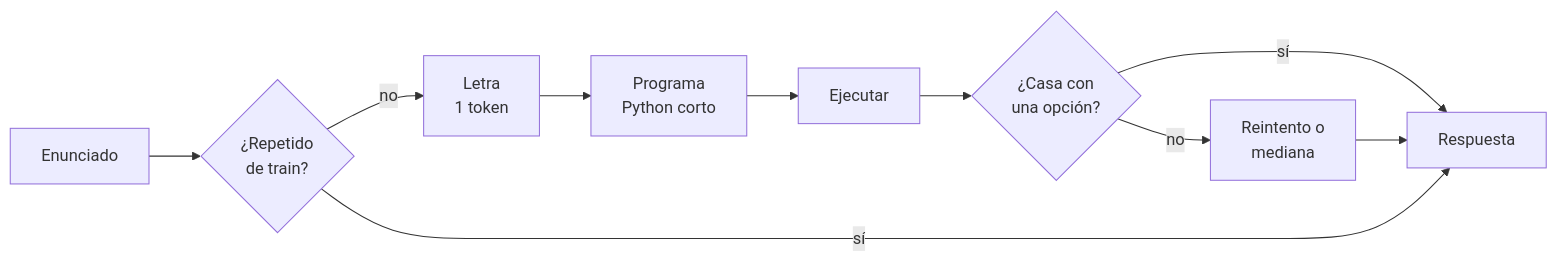
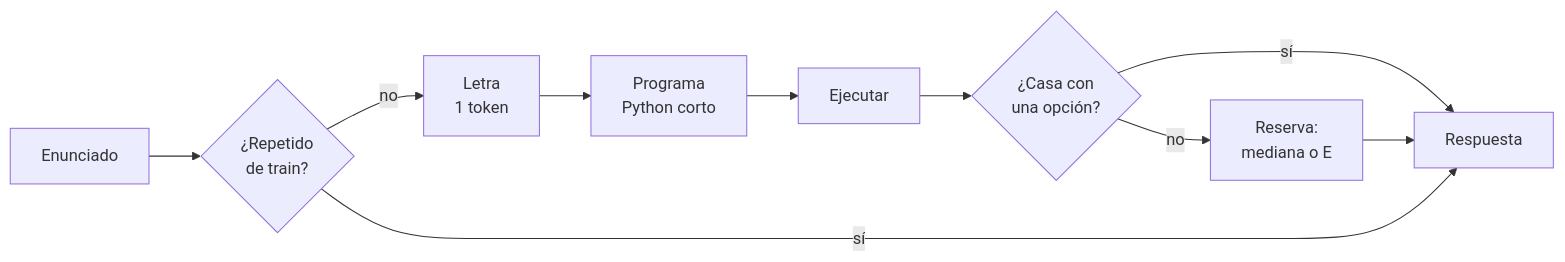
The first of 2 diagrams in README.md (Arnau000z/placa-velocidad), drawn with Mermaid before and after one commit. The commit also changed other lines of this file and 7 other files, not shown here.

````diff
--- a/README.md
+++ b/README.md
@@ -71,12 +71,12 @@
 ```mermaid
 flowchart LR
     E[Enunciado] --> D{¿Repetido<br/>de train?}
     D -- no --> L[Letra<br/>1 token]
     L --> P[Programa<br/>Python corto]
     P --> X[Ejecutar]
     X --> C{¿Casa con<br/>una opción?}
     C -- sí --> R[Respuesta]
-    C -- no --> P2[Reintento o<br/>mediana]
+    C -- no --> P2[Reserva:<br/>mediana o E]
     P2 --> R
     D -- sí --> R
 ```
````
